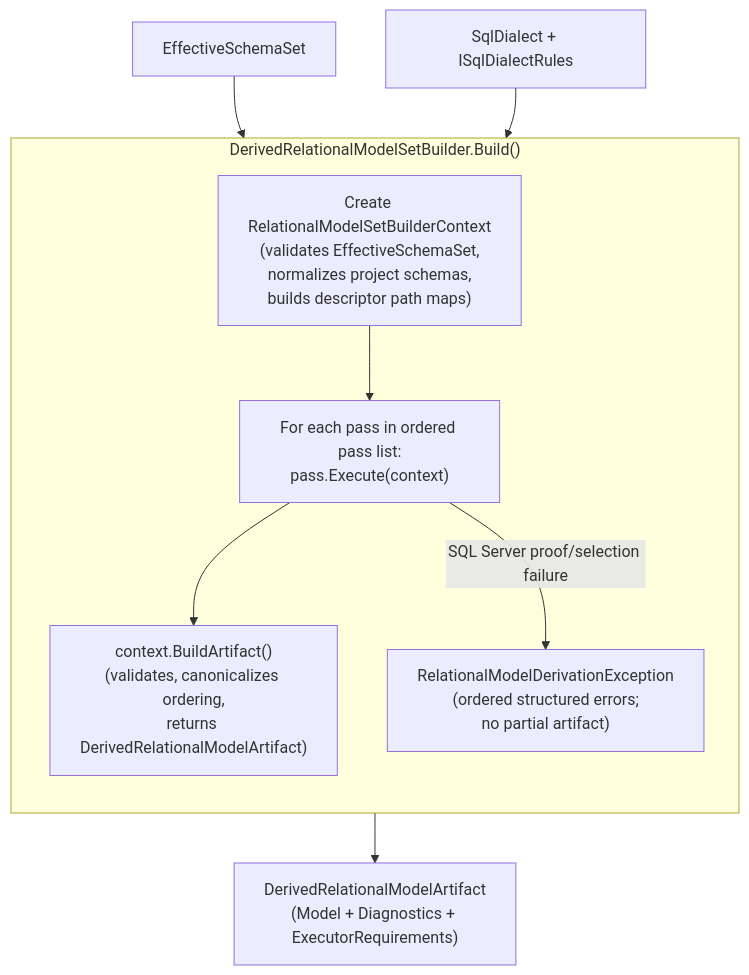
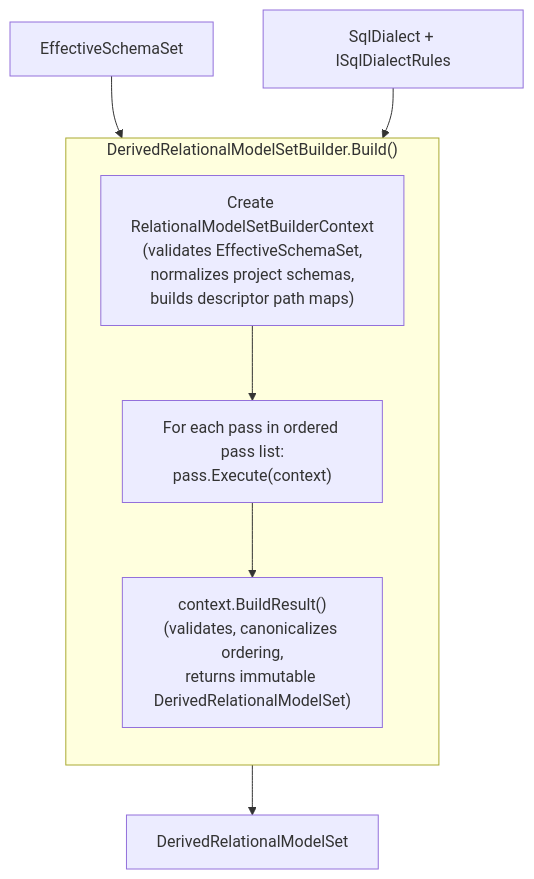
Before and after one commit to Ed-Fi-Alliance-OSS/Data-Management-Service: the ninth of 16 diagrams in reference/design/backend-redesign/presentations/relational-model-presentation.md, drawn with Mermaid. The commit also changed other lines of this file and 59 other files, not shown here.

````diff
--- a/reference/design/backend-redesign/presentations/relational-model-presentation.md
+++ b/reference/design/backend-redesign/presentations/relational-model-presentation.md
@@ -554,19 +429,17 @@
 ```mermaid
 flowchart TD
     subgraph Builder["DerivedRelationalModelSetBuilder.Build()"]
         direction TB
         CREATE["Create RelationalModelSetBuilderContext<br/>(validates EffectiveSchemaSet,<br/>normalizes project schemas,<br/>builds descriptor path maps)"]
 
         LOOP["For each pass in ordered pass list:<br/>pass.Execute(context)"]
 
-        RESULT["context.BuildArtifact()<br/>(validates, canonicalizes ordering,<br/>returns DerivedRelationalModelArtifact)"]
-        ERROR["RelationalModelDerivationException<br/>(ordered structured errors;<br/>no partial artifact)"]
+        RESULT["context.BuildResult()<br/>(validates, canonicalizes ordering,<br/>returns immutable DerivedRelationalModelSet)"]
 
         CREATE --> LOOP --> RESULT
-        LOOP -->|SQL Server proof/selection failure| ERROR
     end
 
     ESS["EffectiveSchemaSet"] --> CREATE
     DIALECT["SqlDialect + ISqlDialectRules"] --> CREATE
-    RESULT --> ARTIFACT["DerivedRelationalModelArtifact<br/>(Model + Diagnostics + ExecutorRequirements)"]
+    RESULT --> DRMS["DerivedRelationalModelSet"]
 ```
````
